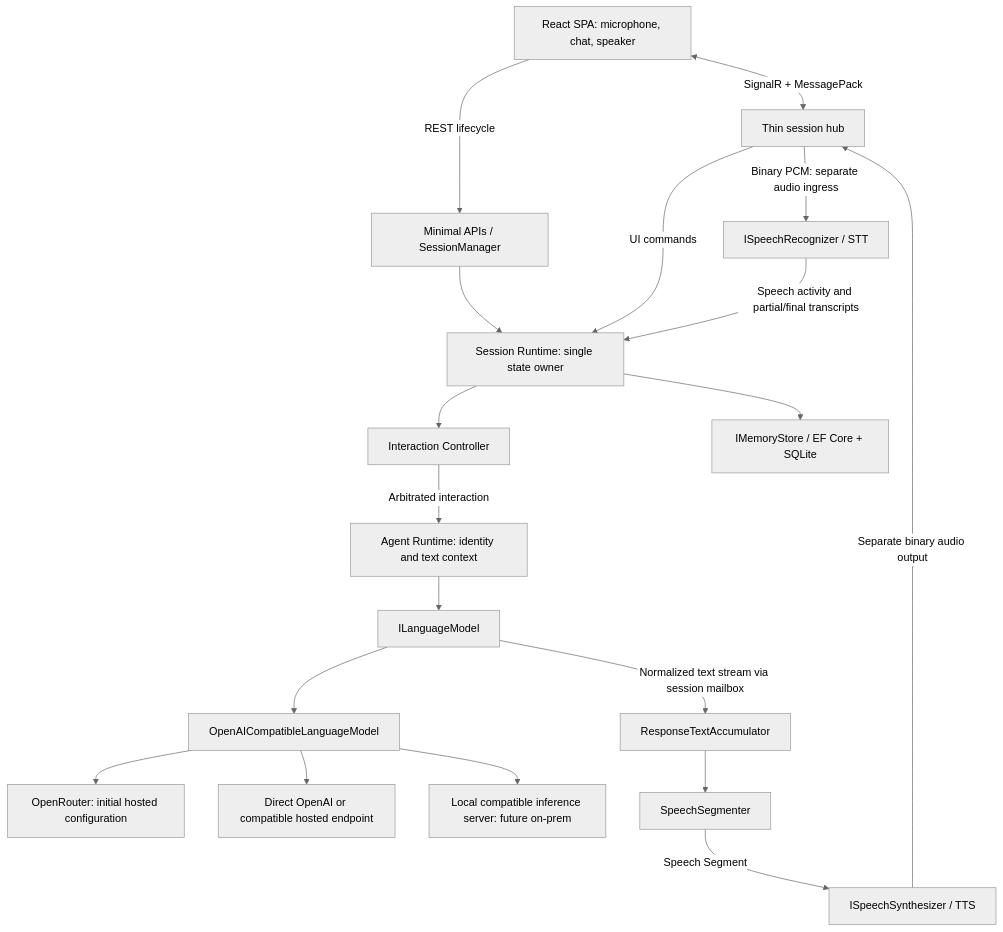
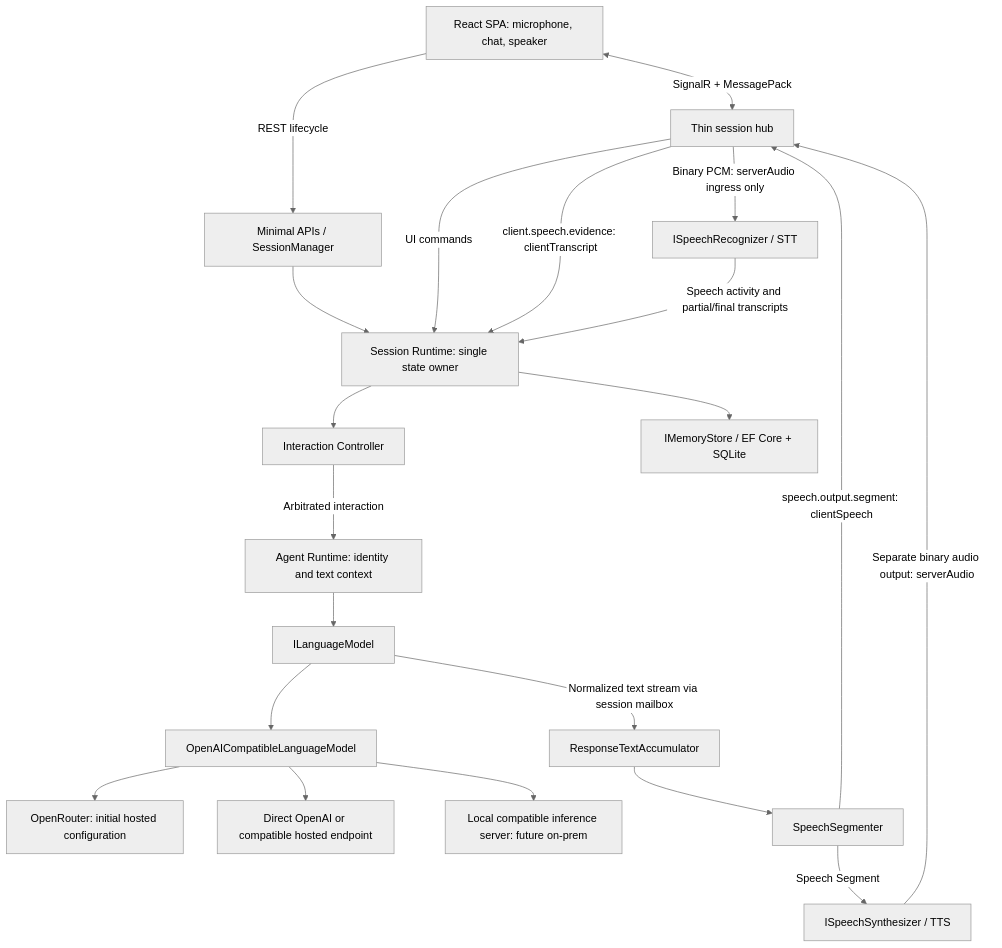
Before and after one commit to trannamtrung1st/agent-core: the diagram in docs/03-system-architecture.md, drawn with Mermaid (neutral theme). The commit also changed other lines of this file and 15 other files, not shown here.

````diff
--- a/docs/03-system-architecture.md
+++ b/docs/03-system-architecture.md
@@ -9,21 +9,23 @@
 ```mermaid
 flowchart TD
     Browser[React SPA: microphone, chat, speaker] <-->|SignalR + MessagePack| Hub[Thin session hub]
     Browser -->|REST lifecycle| Api[Minimal APIs / SessionManager]
     Api --> Session[Session Runtime: single state owner]
     Hub -->|UI commands| Session
-    Hub -->|Binary PCM: separate audio ingress| STT[ISpeechRecognizer / STT]
+    Hub -->|Binary PCM: serverAudio ingress only| STT[ISpeechRecognizer / STT]
+    Hub -->|client.speech.evidence: clientTranscript| Session
     STT -->|Speech activity and partial/final transcripts| Session
     Session --> Controller[Interaction Controller]
     Controller -->|Arbitrated interaction| Agent[Agent Runtime: identity and text context]
     Agent --> LLM[ILanguageModel]
     LLM --> Adapter[OpenAICompatibleLanguageModel]
     Adapter --> OR[OpenRouter: initial hosted configuration]
     Adapter --> Direct[Direct OpenAI or compatible hosted endpoint]
     Adapter --> Local[Local compatible inference server: future on-prem]
     LLM -->|Normalized text stream via session mailbox| Acc[ResponseTextAccumulator]
     Acc --> Segmenter[SpeechSegmenter]
     Segmenter -->|Speech Segment| TTS[ISpeechSynthesizer / TTS]
-    TTS -->|Separate binary audio output| Hub
+    Segmenter -->|speech.output.segment: clientSpeech| Hub
+    TTS -->|Separate binary audio output: serverAudio| Hub
     Session --> Store[IMemoryStore / EF Core + SQLite]
 ```
````
